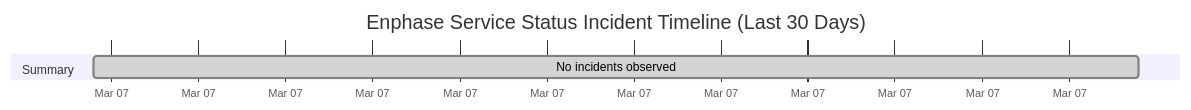
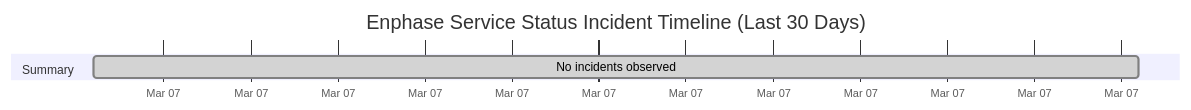
One commit to barneyonline/ha-enphase-ev-charger changed the diagram in wiki/Service-Status-History.md. Above: the diagram before and after it, drawn with Mermaid. The commit also changed other lines of this file and 3 other files, not shown here.

````diff
--- a/wiki/Service-Status-History.md
+++ b/wiki/Service-Status-History.md
@@ -14,8 +14,8 @@
 ```mermaid
 gantt
     title Enphase Service Status Incident Timeline (Last 30 Days)
     dateFormat  YYYY-MM-DDTHH:mm:ss
     axisFormat  %b %d
     section Summary
-    No incidents observed :done, 2026-03-07T15:14:34, 1m
+    No incidents observed :done, 2026-03-07T16:17:16, 1m
 ```
````
